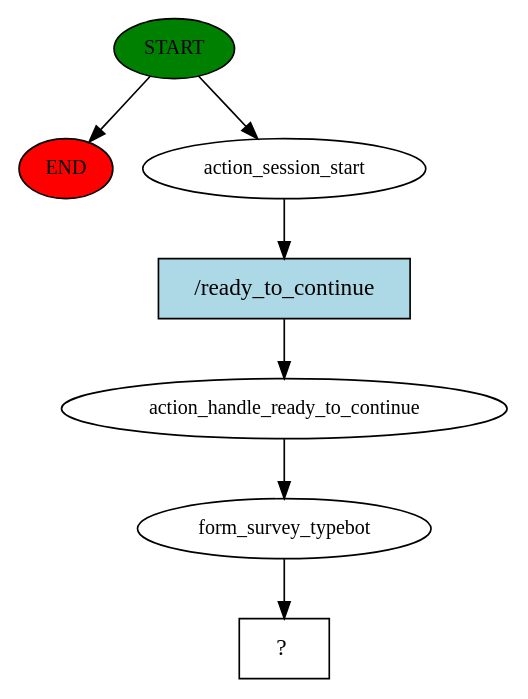
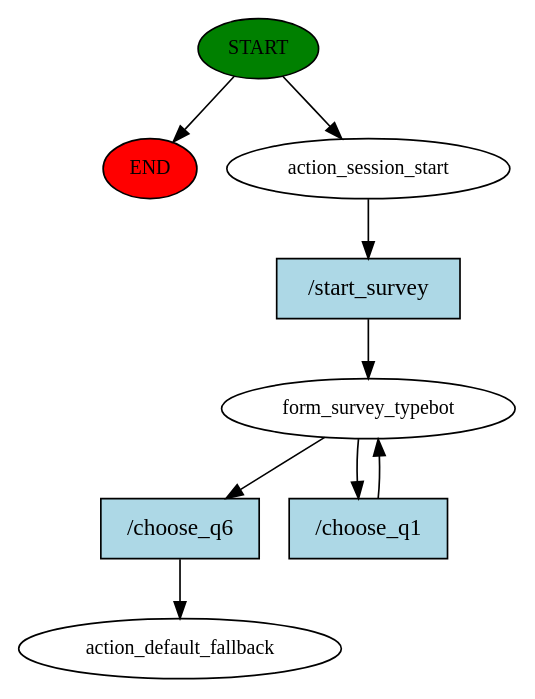
The diagram in story_graph.dot (KhanhBa923/Rasa_Stock_Chatbot), drawn with Graphviz before and after one commit. The commit also changed 4 other files, not shown here.

```diff
--- a/story_graph.dot
+++ b/story_graph.dot
@@ -1,15 +1,18 @@
 digraph  {
 0 [class="start active", fillcolor=green, fontsize=12, label=START, style=filled];
 "-1" [class=end, fillcolor=red, fontsize=12, label=END, style=filled];
 1 [class=active, fontsize=12, label=action_session_start];
-2 [class=active, fontsize=12, label=action_handle_ready_to_continue];
-3 [class=active, fontsize=12, label=form_survey_typebot];
-4 [class="intent dashed active", label="  ?  ", shape=rect];
-5 [class="intent active", fillcolor=lightblue, label="/ready_to_continue", shape=rect, style=filled];
+2 [class=active, fontsize=12, label=form_survey_typebot];
+4 [class="dashed active", fontsize=12, label=action_default_fallback];
+5 [class="intent active", fillcolor=lightblue, label="/start_survey", shape=rect, style=filled];
+6 [class="intent active", fillcolor=lightblue, label="/choose_q6", shape=rect, style=filled];
+7 [class="intent active", fillcolor=lightblue, label="/choose_q1", shape=rect, style=filled];
 0 -> "-1"  [class="", key=NONE, label=""];
 0 -> 1  [class=active, key=NONE, label=""];
 1 -> 5  [class=active, key=0];
-2 -> 3  [class=active, key=NONE, label=""];
-3 -> 4  [class=active, key=NONE, label=""];
+2 -> 6  [class=active, key=0];
+2 -> 7  [class=active, key=0];
 5 -> 2  [class=active, key=0];
+6 -> 4  [class=active, key=0];
+7 -> 2  [class=active, key=0];
 }
```
